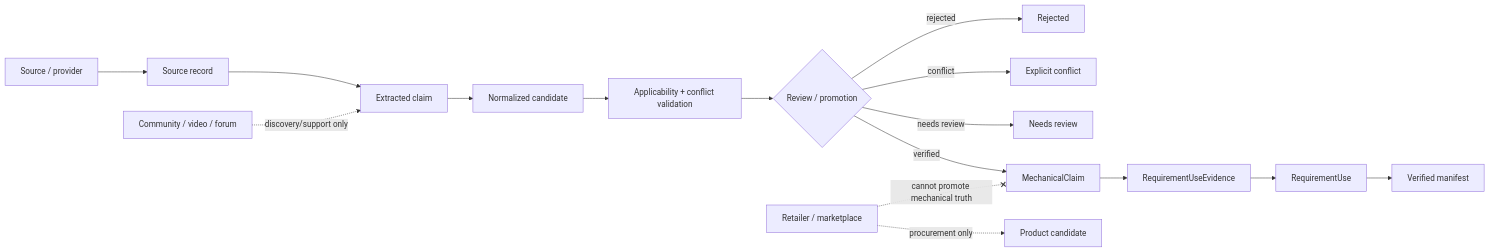
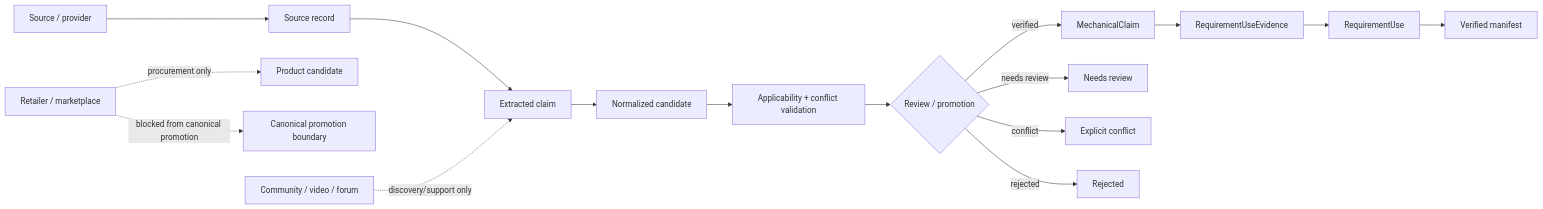
The fourth of 9 diagrams in docs/PARTGRAPH_SYSTEM_UML.md (Vivek-k24/forgebridge-demo), drawn with Mermaid before and after one commit. The commit also changed other lines of this file, not shown here.

Commit message:
Harden Mermaid UML rendering syntax

````diff
--- a/docs/PARTGRAPH_SYSTEM_UML.md
+++ b/docs/PARTGRAPH_SYSTEM_UML.md
@@ -199,19 +200,19 @@
 ```mermaid
 flowchart LR
     SRC[Source / provider] --> RECORD[Source record]
     RECORD --> EXTRACT[Extracted claim]
     EXTRACT --> NORMALIZE[Normalized candidate]
     NORMALIZE --> VALIDATE[Applicability + conflict validation]
     VALIDATE --> REVIEW{Review / promotion}
     REVIEW -->|verified| CLAIM[MechanicalClaim]
     REVIEW -->|needs review| HOLD[Needs review]
     REVIEW -->|conflict| CONFLICT[Explicit conflict]
     REVIEW -->|rejected| REJECT[Rejected]
     CLAIM --> LINK[RequirementUseEvidence]
     LINK --> USE[RequirementUse]
     USE --> MANIFEST[Verified manifest]
 
     RETAIL[Retailer / marketplace] -. procurement only .-> BUY[Product candidate]
-    RETAIL -. cannot promote mechanical truth .-x CLAIM
+    RETAIL -. blocked from canonical promotion .-> PROMOTION_GUARD[Canonical promotion boundary]
     COMMUNITY[Community / video / forum] -. discovery/support only .-> EXTRACT
 ```
````
